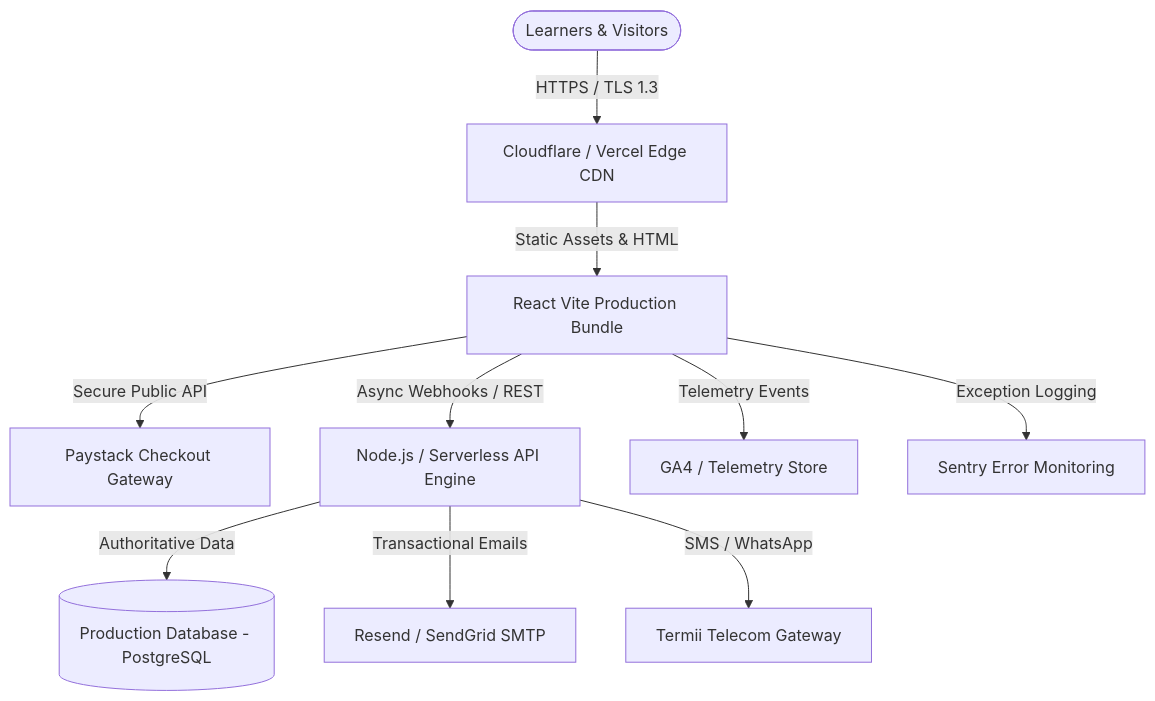
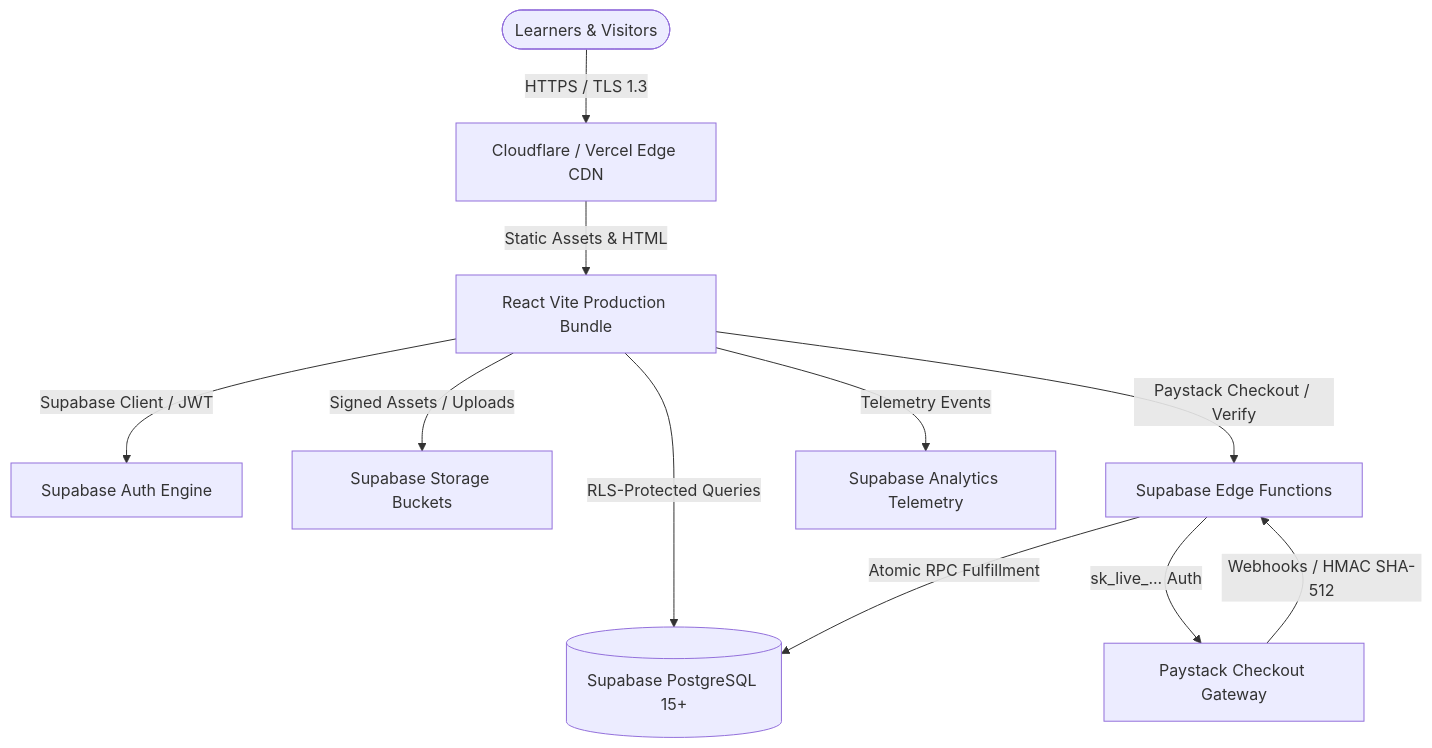
Before and after one commit to dave-og/davetechsacademy: the diagram in docs/deployment.md, drawn with Mermaid. The commit also changed other lines of this file and 40 other files, not shown here.

Commit message:
feat: complete supabase database setup, paystack integration, auth hardening & technical audit documentation

````diff
--- a/docs/deployment.md
+++ b/docs/deployment.md
@@ -11,12 +11,13 @@
 ```mermaid
 graph TD
     User([Learners & Visitors]) -->|HTTPS / TLS 1.3| CDN[Cloudflare / Vercel Edge CDN]
     CDN -->|Static Assets & HTML| SPA[React Vite Production Bundle]
-    SPA -->|Secure Public API| Paystack[Paystack Checkout Gateway]
-    SPA -->|Async Webhooks / REST| Backend[Node.js / Serverless API Engine]
-    Backend -->|Authoritative Data| DB[(Production Database - PostgreSQL)]
-    Backend -->|Transactional Emails| Resend[Resend / SendGrid SMTP]
-    Backend -->|SMS / WhatsApp| Termii[Termii Telecom Gateway]
-    SPA -->|Telemetry Events| Analytics[GA4 / Telemetry Store]
-    SPA -->|Exception Logging| Sentry[Sentry Error Monitoring]
+    SPA -->|Supabase Client / JWT| SupabaseAuth[Supabase Auth Engine]
+    SPA -->|RLS-Protected Queries| Postgres[(Supabase PostgreSQL 15+)]
+    SPA -->|Signed Assets / Uploads| Storage[Supabase Storage Buckets]
+    SPA -->|Paystack Checkout / Verify| EdgeFunctions[Supabase Edge Functions]
+    EdgeFunctions -->|sk_live_... Auth| Paystack[Paystack Checkout Gateway]
+    Paystack -->|Webhooks / HMAC SHA-512| EdgeFunctions
+    EdgeFunctions -->|Atomic RPC Fulfillment| Postgres
+    SPA -->|Telemetry Events| Telemetry[Supabase Analytics Telemetry]
 ```
````
